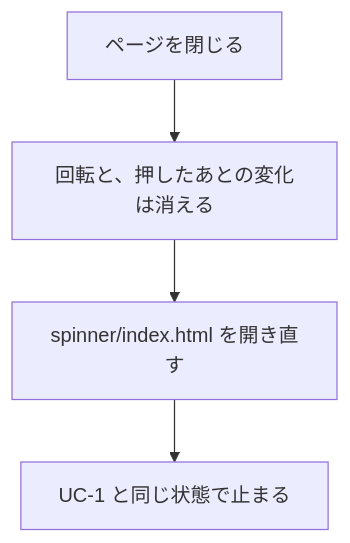
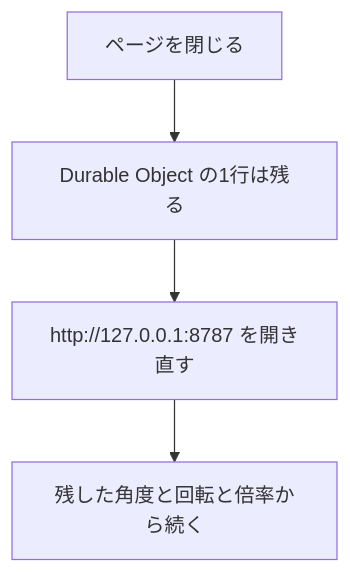
One commit to pfgnsb/hand-spinner changed the fifth of 9 diagrams in spinner/ドキュメント/ユースケース.md. Above: the diagram before and after it, drawn with Mermaid. The commit also changed other lines of this file and 22 other files, not shown here.

Commit message:
回した向きと倍率を Durable Object に残し、README に技術スタックを書く。

````diff
--- a/spinner/ドキュメント/ユースケース.md
+++ b/spinner/ドキュメント/ユースケース.md
@@ -112,6 +112,6 @@
 ```mermaid
 flowchart TD
-  a[ページを閉じる] --> b[回転と、押したあとの変化は消える]
-  b --> c["spinner/index.html を開き直す"]
-  c --> d[UC-1 と同じ状態で止まる]
+  a[ページを閉じる] --> b[Durable Object の1行は残る]
+  b --> c["http://127.0.0.1:8787 を開き直す"]
+  c --> d[残した角度と回転と倍率から続く]
 ```
````
